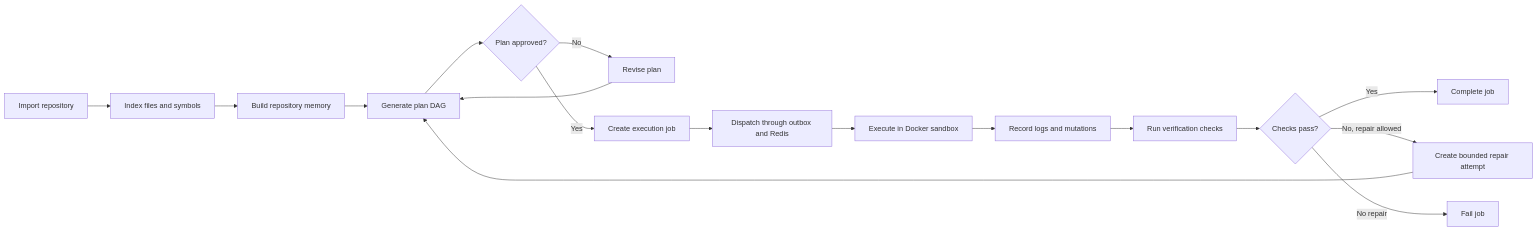
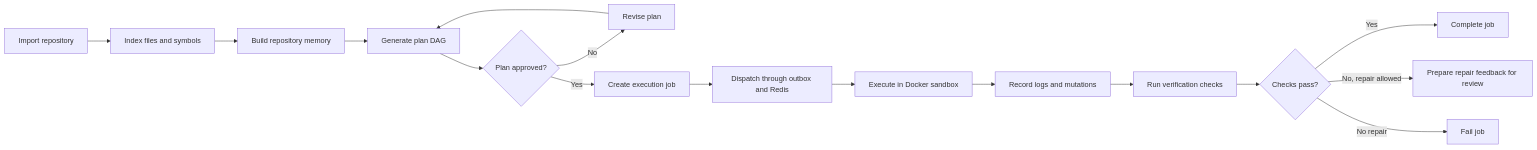
One commit to Surya270106/Forge changed the first of 2 diagrams in README.md. Above: the diagram before and after it, drawn with Mermaid. The commit also changed other lines of this file and 108 other files, not shown here.

````diff
--- a/README.md
+++ b/README.md
@@ -19,19 +19,18 @@
 ```mermaid
 flowchart LR
     Import["Import repository"] --> Index["Index files and symbols"]
     Index --> Memory["Build repository memory"]
     Memory --> Plan["Generate plan DAG"]
     Plan --> Approval{"Plan approved?"}
     Approval -->|No| Revision["Revise plan"]
     Revision --> Plan
     Approval -->|Yes| Job["Create execution job"]
     Job --> Worker["Dispatch through outbox and Redis"]
     Worker --> Sandbox["Execute in Docker sandbox"]
     Sandbox --> Record["Record logs and mutations"]
     Record --> Verify["Run verification checks"]
     Verify --> Result{"Checks pass?"}
     Result -->|Yes| Complete["Complete job"]
-    Result -->|No, repair allowed| Repair["Create bounded repair attempt"]
-    Repair --> Plan
+    Result -->|No, repair allowed| Repair["Prepare repair feedback for review"]
     Result -->|No repair| Failed["Fail job"]
 ```
````
